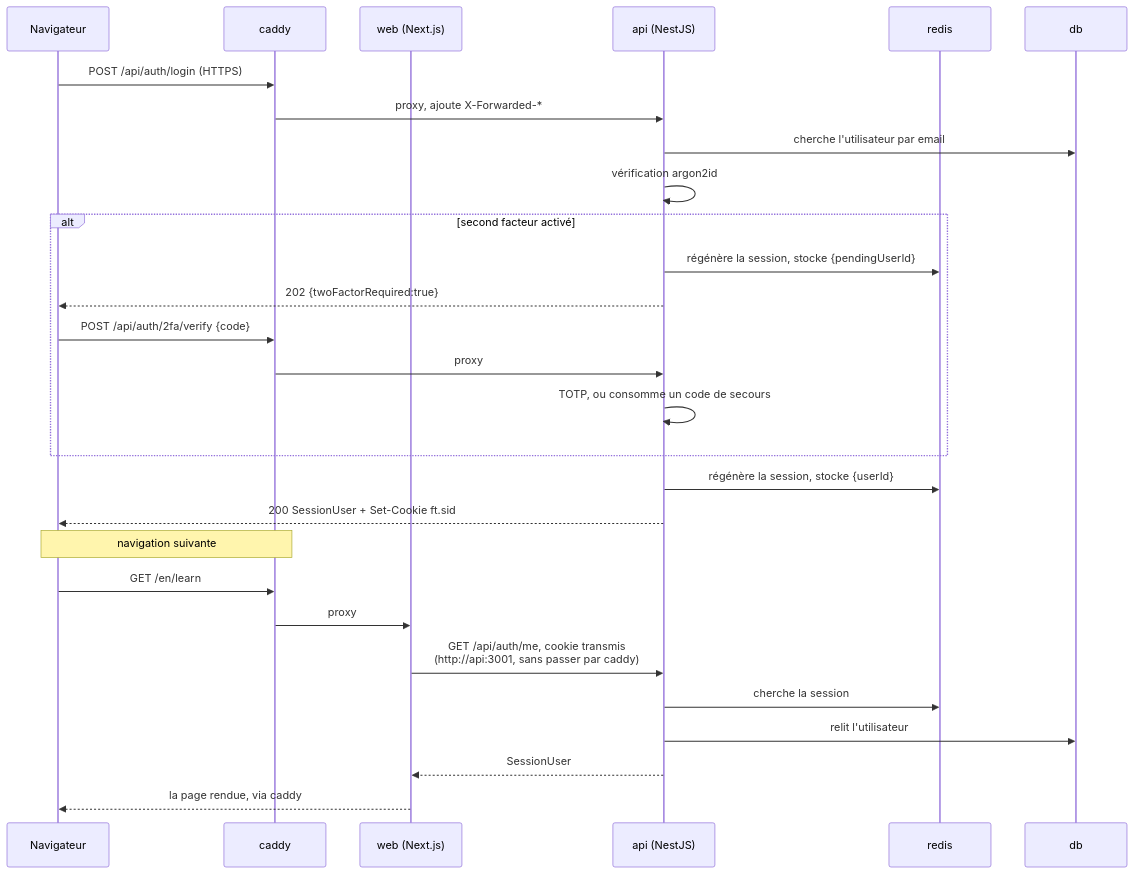
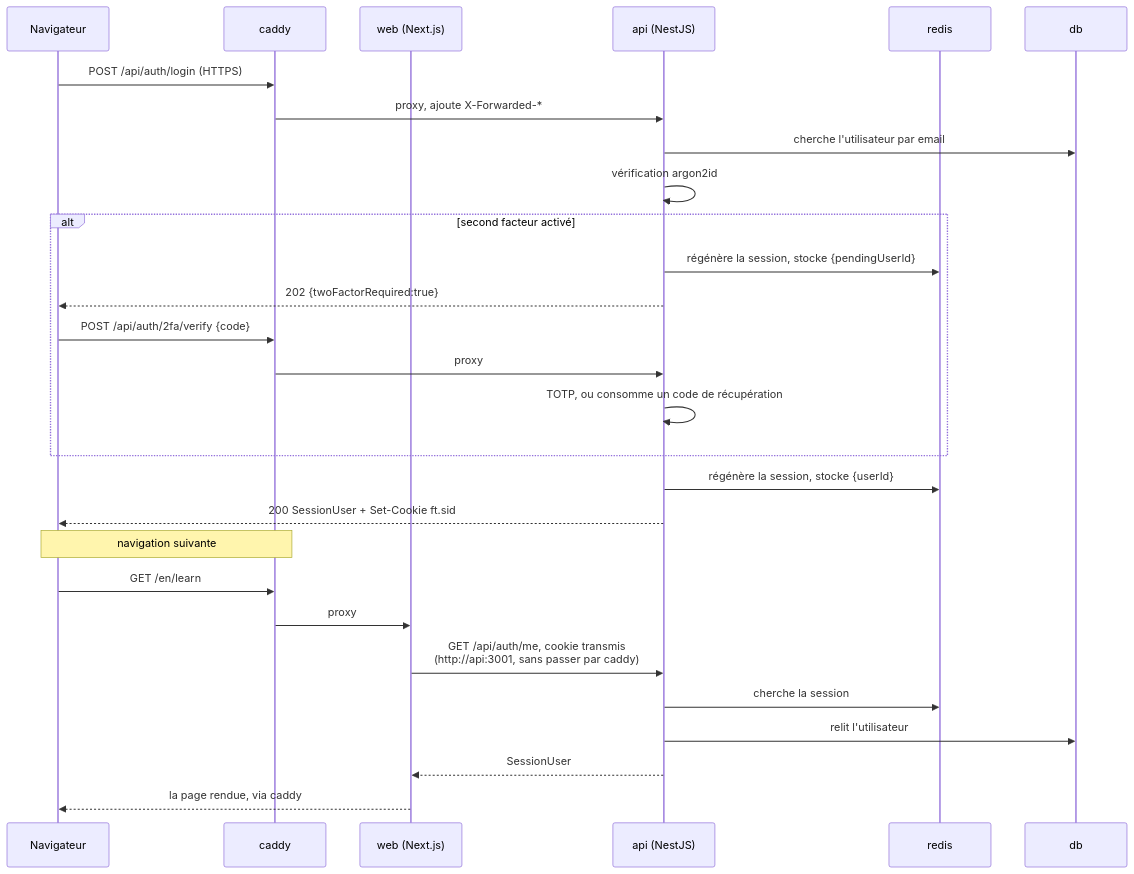
The second of 8 diagrams in docs-fr/architecture/overview.md (VictorBro/ft_transcendence), drawn with Mermaid before and after one commit. The commit also changed other lines of this file and 86 other files, not shown here.

````diff
--- a/docs-fr/architecture/overview.md
+++ b/docs-fr/architecture/overview.md
@@ -121,32 +121,32 @@
 ```mermaid
 sequenceDiagram
     participant B as Navigateur
     participant C as caddy
     participant W as web (Next.js)
     participant A as api (NestJS)
     participant R as redis
     participant P as db
 
     B->>C: POST /api/auth/login (HTTPS)
     C->>A: proxy, ajoute X-Forwarded-*
     A->>P: cherche l'utilisateur par email
     A->>A: vérification argon2id
     alt second facteur activé
         A->>R: régénère la session, stocke {pendingUserId}
         A-->>B: 202 {twoFactorRequired:true}
         B->>C: POST /api/auth/2fa/verify {code}
         C->>A: proxy
-        A->>A: TOTP, ou consomme un code de secours
+        A->>A: TOTP, ou consomme un code de récupération
     end
     A->>R: régénère la session, stocke {userId}
     A-->>B: 200 SessionUser + Set-Cookie ft.sid
 
     Note over B,C: navigation suivante
     B->>C: GET /en/learn
     C->>W: proxy
     W->>A: GET /api/auth/me, cookie transmis<br/>(http://api:3001, sans passer par caddy)
     A->>R: cherche la session
     A->>P: relit l'utilisateur
     A-->>W: SessionUser
     W-->>B: la page rendue, via caddy
 ```
````
